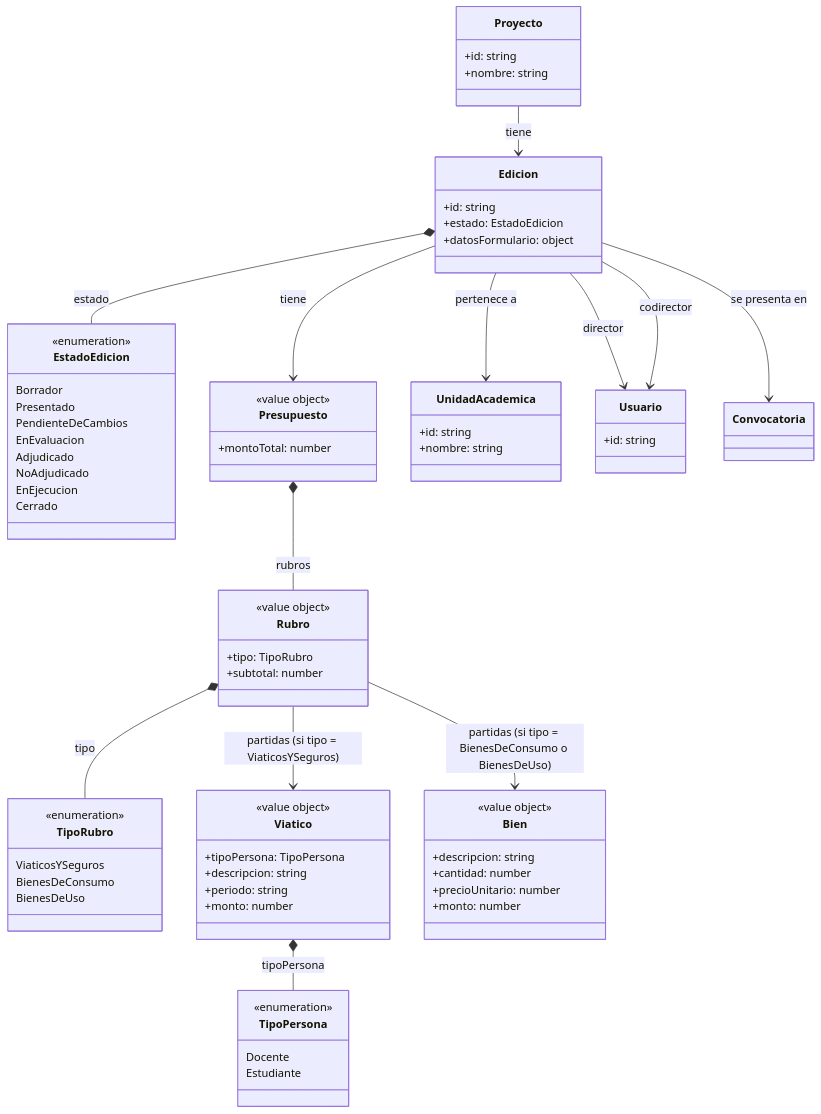
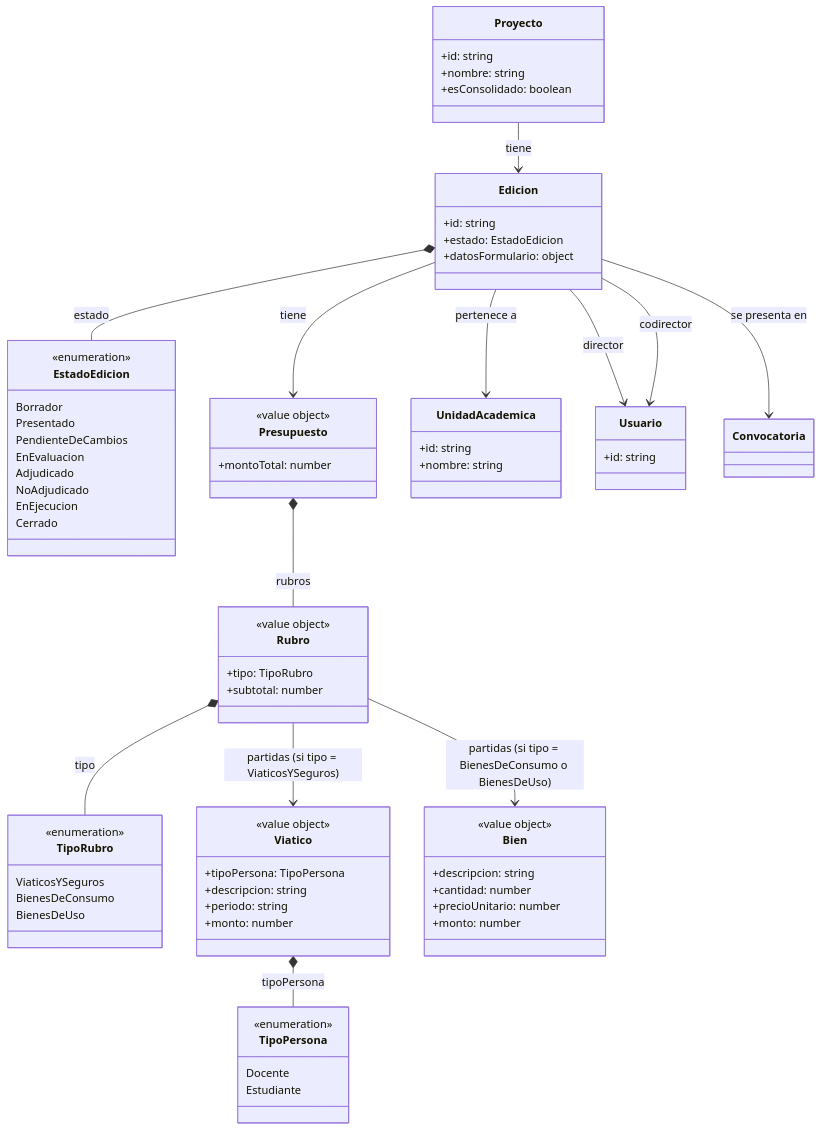
One commit to TPP-UBANEX/UBANEX changed the second of 9 diagrams in docs/dominio/modelo.md. Above: the diagram before and after it, drawn with Mermaid. The commit also changed other lines of this file, not shown here.

```diff
--- a/docs/dominio/modelo.md
+++ b/docs/dominio/modelo.md
@@ -79,6 +81,7 @@
     class Proyecto {
         +id: string
         +nombre: string
+        +esConsolidado: boolean
     }
 
     class Edicion {
```
